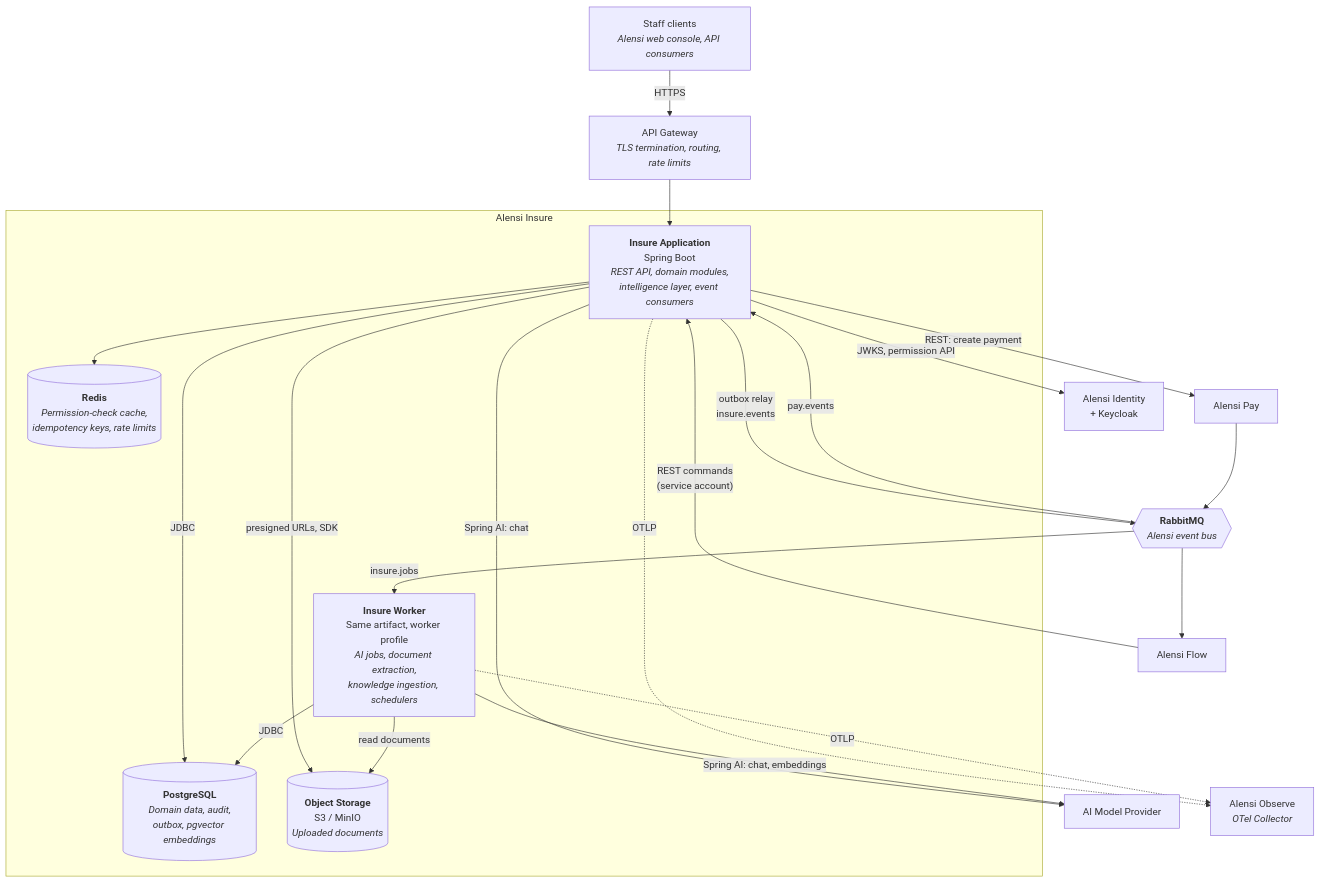
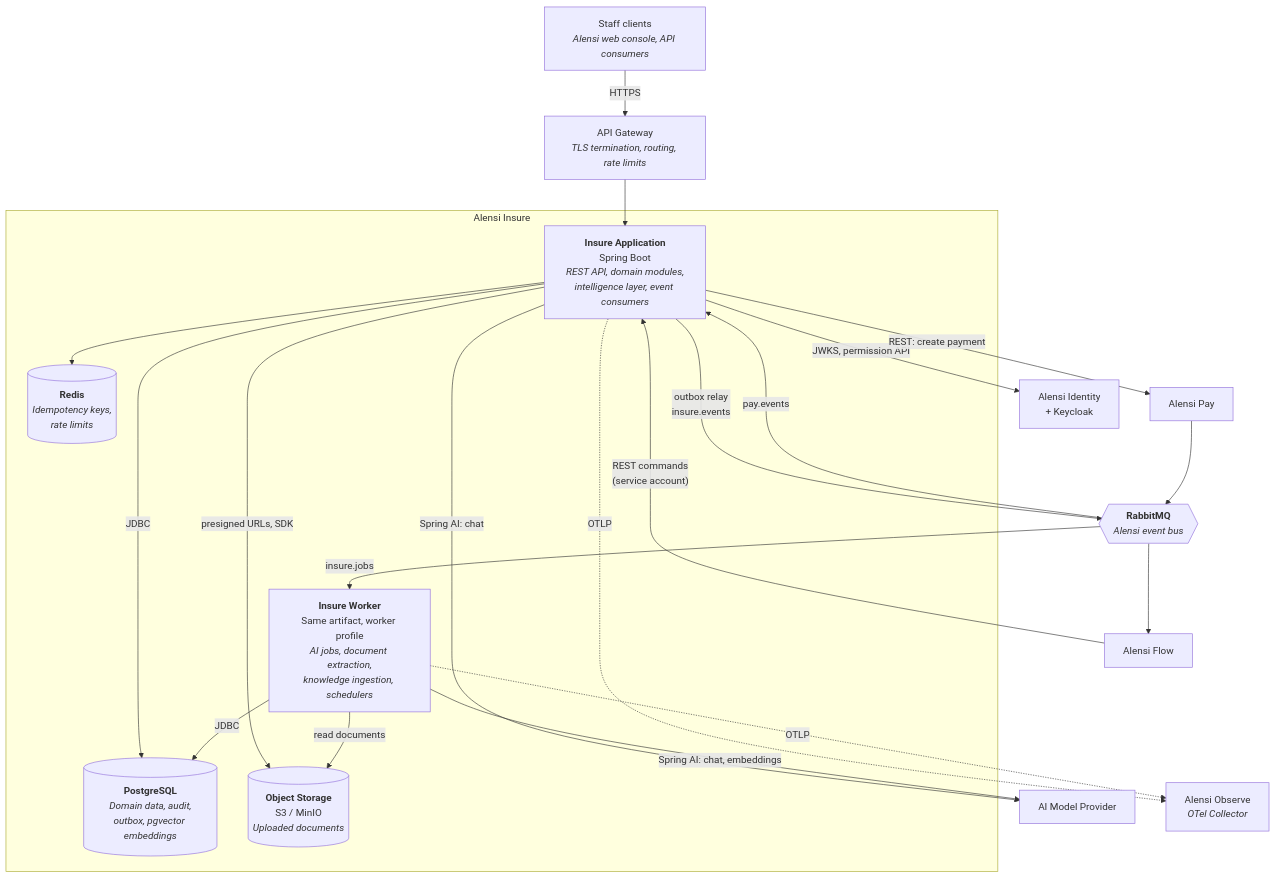
The diagram in docs/architecture/container-diagram.md (alekii/alensi-insure), drawn with Mermaid before and after one commit. The commit also changed other lines of this file and 19 other files, not shown here.

````diff
--- a/docs/architecture/container-diagram.md
+++ b/docs/architecture/container-diagram.md
@@ -5,44 +5,44 @@
 ```mermaid
 flowchart TB
     clients["Staff clients<br/><i>Alensi web console, API consumers</i>"]
     gateway["API Gateway<br/><i>TLS termination, routing, rate limits</i>"]
 
     subgraph insure [Alensi Insure]
         api["<b>Insure Application</b><br/>Spring Boot<br/><i>REST API, domain modules,<br/>intelligence layer, event consumers</i>"]
         worker["<b>Insure Worker</b><br/>Same artifact, worker profile<br/><i>AI jobs, document extraction,<br/>knowledge ingestion, schedulers</i>"]
         db[("<b>PostgreSQL</b><br/><i>Domain data, audit,<br/>outbox, pgvector embeddings</i>")]
-        redis[("<b>Redis</b><br/><i>Permission-check cache,<br/>idempotency keys, rate limits</i>")]
+        redis[("<b>Redis</b><br/><i>Idempotency keys,<br/>rate limits</i>")]
         s3[("<b>Object Storage</b><br/>S3 / MinIO<br/><i>Uploaded documents</i>")]
     end
 
     mq{{"<b>RabbitMQ</b><br/><i>Alensi event bus</i>"}}
 
     identity["Alensi Identity<br/>+ Keycloak"]
     flow["Alensi Flow"]
     pay["Alensi Pay"]
     llm["AI Model Provider"]
     otel["Alensi Observe<br/><i>OTel Collector</i>"]
 
     clients -->|HTTPS| gateway --> api
     api -->|JDBC| db
     worker -->|JDBC| db
     api --> redis
     api -->|presigned URLs, SDK| s3
     worker -->|read documents| s3
 
     api -->|"outbox relay<br/>insure.events"| mq
     mq -->|"pay.events"| api
     mq -->|"insure.jobs"| worker
 
     api -->|"JWKS, permission API"| identity
     flow -->|"REST commands<br/>(service account)"| api
     mq --> flow
     api -->|"REST: create payment"| pay
     pay --> mq
 
     api -->|"Spring AI: chat"| llm
     worker -->|"Spring AI: chat, embeddings"| llm
 
     api -.->|OTLP| otel
     worker -.->|OTLP| otel
 ```
````
